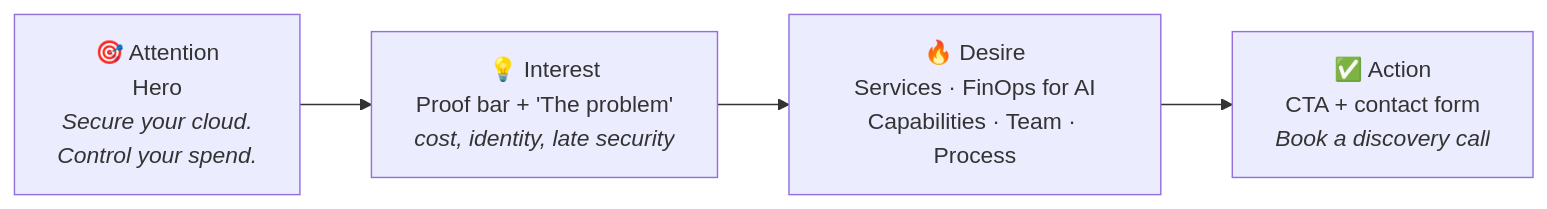
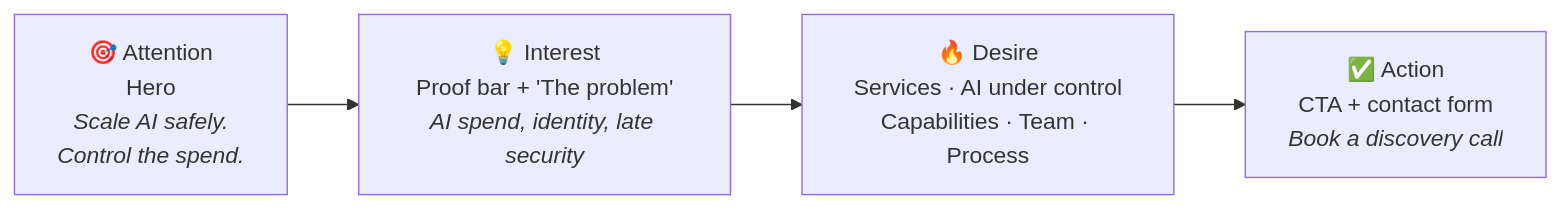
Before and after one commit to it-rat/it-rat.github.io: the first of 4 diagrams in README.md, drawn with Mermaid. The commit also changed other lines of this file and 2 other files, not shown here.

````diff
--- a/README.md
+++ b/README.md
@@ -44,8 +46,8 @@
 ```mermaid
 flowchart LR
-    A["🎯 Attention<br/>Hero<br/><i>Secure your cloud.<br/>Control your spend.</i>"]
-    I["💡 Interest<br/>Proof bar + 'The problem'<br/><i>cost, identity, late security</i>"]
-    D["🔥 Desire<br/>Services · FinOps for AI<br/>Capabilities · Team · Process"]
+    A["🎯 Attention<br/>Hero<br/><i>Scale AI safely.<br/>Control the spend.</i>"]
+    I["💡 Interest<br/>Proof bar + 'The problem'<br/><i>AI spend, identity, late security</i>"]
+    D["🔥 Desire<br/>Services · AI under control<br/>Capabilities · Team · Process"]
     Act["✅ Action<br/>CTA + contact form<br/><i>Book a discovery call</i>"]
     A --> I --> D --> Act
 ```
````
